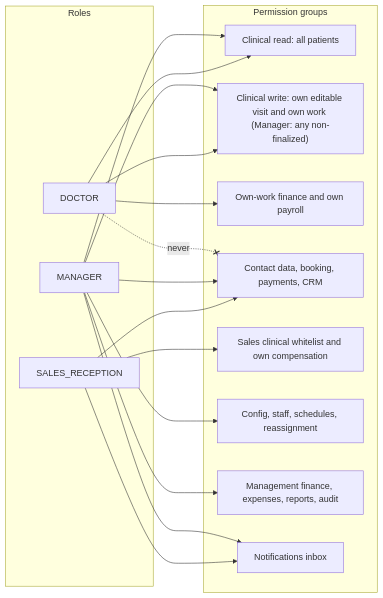
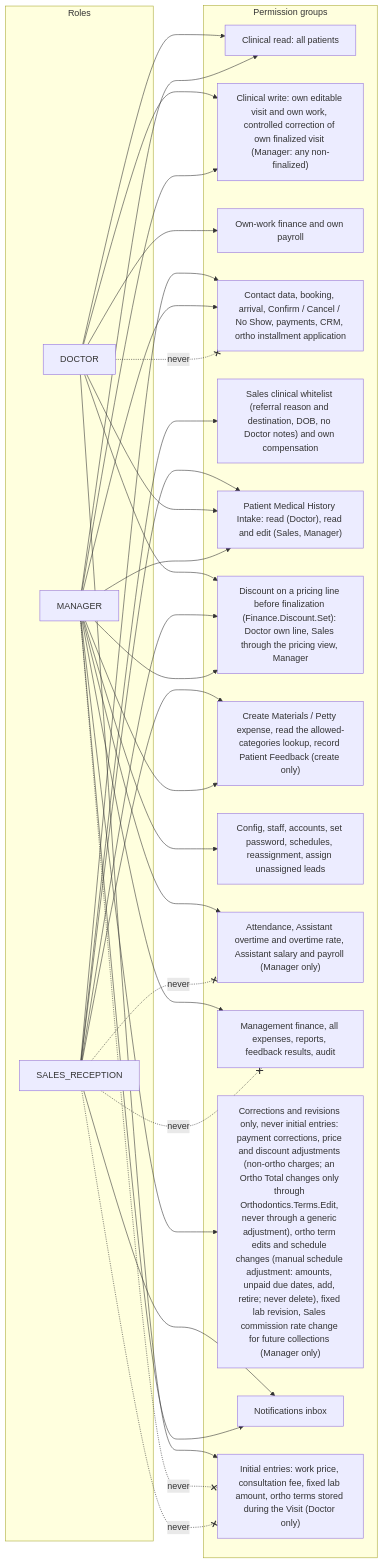
Before and after one commit to mostafaabdullah11/Dental-clinical-system: the fourth of 26 diagrams in docs/DIAGRAMS.md, drawn with Mermaid. The commit also changed other lines of this file and 51 other files, not shown here.

````diff
--- a/docs/DIAGRAMS.md
+++ b/docs/DIAGRAMS.md
@@ -154,31 +153,52 @@
 ```mermaid
 flowchart LR
     subgraph Roles
         DOC["DOCTOR"]
         SAL["SALES_RECEPTION"]
         MAN["MANAGER"]
     end
     subgraph Keys["Permission groups"]
         K1["Clinical read: all patients"]
-        K2["Clinical write: own editable visit and own work (Manager: any non-finalized)"]
+        K2["Clinical write: own editable visit and own work, controlled correction of own finalized visit (Manager: any non-finalized)"]
         K3["Own-work finance and own payroll"]
-        K4["Contact data, booking, payments, CRM"]
-        K5["Sales clinical whitelist and own compensation"]
-        K6["Config, staff, schedules, reassignment"]
-        K7["Management finance, expenses, reports, audit"]
+        K4["Contact data, booking, arrival, Confirm / Cancel / No Show, payments, CRM, ortho installment application"]
+        K5["Sales clinical whitelist (referral reason and destination, DOB, no Doctor notes) and own compensation"]
+        K9["Patient Medical History Intake: read (Doctor), read and edit (Sales, Manager)"]
+        K10["Discount on a pricing line before finalization (Finance.Discount.Set): Doctor own line, Sales through the pricing view, Manager"]
+        K12["Create Materials / Petty expense, read the allowed-categories lookup, record Patient Feedback (create only)"]
+        K6["Config, staff, accounts, set password, schedules, reassignment, assign unassigned leads"]
+        K13["Attendance, Assistant overtime and overtime rate, Assistant salary and payroll (Manager only)"]
+        K7["Management finance, all expenses, reports, feedback results, audit"]
+        K11["Corrections and revisions only, never initial entries: payment corrections, price and discount adjustments (non-ortho charges; an Ortho Total changes only through Orthodontics.Terms.Edit, never through a generic adjustment), ortho term edits and schedule changes (manual schedule adjustment: amounts, unpaid due dates, add, retire; never delete), fixed lab revision, Sales commission rate change for future collections (Manager only)"]
         K8["Notifications inbox"]
+        K14["Initial entries: work price, consultation fee, fixed lab amount, ortho terms stored during the Visit (Doctor only)"]
     end
     DOC --> K1
     DOC --> K2
     DOC --> K3
+    DOC --> K10
+    DOC --> K14
     SAL --> K4
     SAL --> K5
+    SAL --> K9
+    SAL --> K10
+    SAL --> K12
+    DOC --> K9
+    MAN --> K9
     SAL --> K8
     MAN --> K1
     MAN --> K2
     MAN --> K4
     MAN --> K6
     MAN --> K7
     MAN --> K8
+    MAN --> K10
+    MAN --> K11
+    MAN --> K12
+    MAN --> K13
     DOC -.-x|"never"| K4
+    MAN -.-x|"never"| K14
+    SAL -.-x|"never"| K14
+    SAL -.-x|"never"| K13
+    SAL -.-x|"never"| K7
 ```
````
